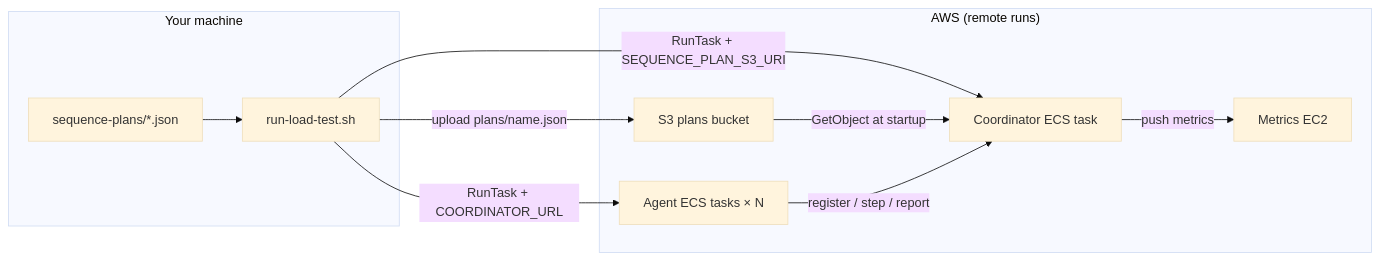
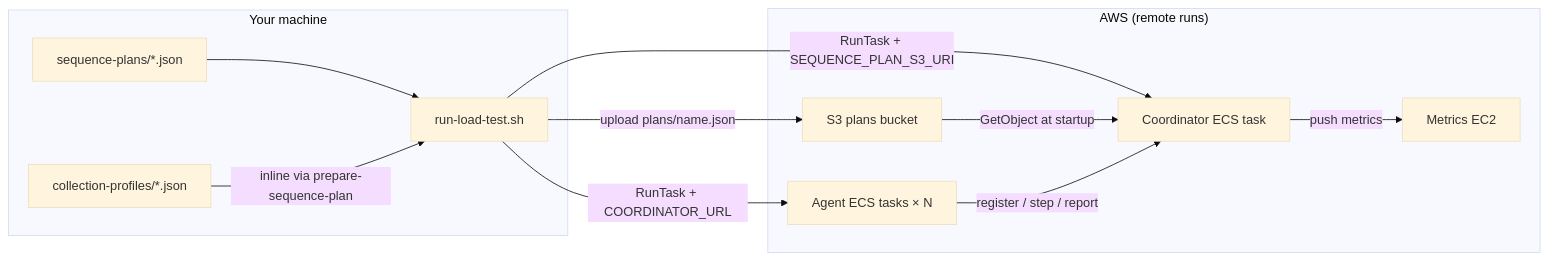
One commit to FAIMS/FAIMS3 changed the diagram in load-testing/README.md. Above: the diagram before and after it, drawn with Mermaid (base theme). The commit also changed other lines of this file and 2 other files, not shown here.

````diff
--- a/load-testing/README.md
+++ b/load-testing/README.md
@@ -22,20 +26,22 @@
 ```mermaid
 flowchart LR
   subgraph local["Your machine"]
     plan["sequence-plans/*.json"]
+    profiles["collection-profiles/*.json"]
     script["run-load-test.sh"]
   end
   subgraph aws["AWS (remote runs)"]
     s3["S3 plans bucket"]
     coord["Coordinator ECS task"]
     agents["Agent ECS tasks × N"]
     metrics["Metrics EC2"]
   end
   plan --> script
+  profiles -->|inline via prepare-sequence-plan| script
   script -->|upload plans/name.json| s3
   script -->|RunTask + SEQUENCE_PLAN_S3_URI| coord
   s3 -->|GetObject at startup| coord
   script -->|RunTask + COORDINATOR_URL| agents
   agents -->|register / step / report| coord
   coord -->|push metrics| metrics
 ```
````
